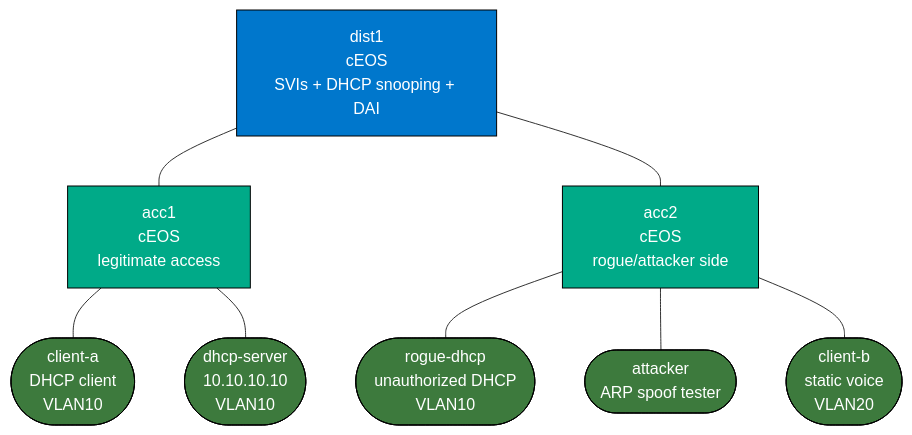
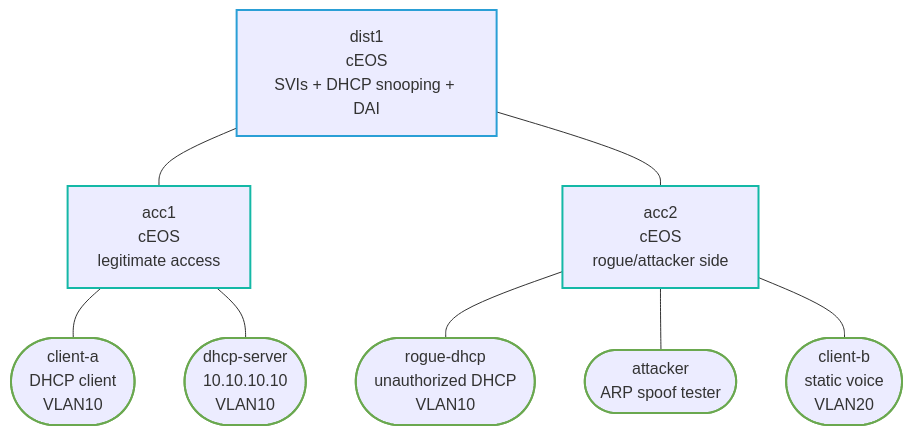
One commit to jschless/networkingLabs changed the diagram in labs/enterprise-access-security/README.md. Above: the diagram before and after it, drawn with Mermaid. The commit also changed 250 other files, not shown here.

Commit message:
Fix unreadable topology diagrams, convert ASCII art, publish assessments (#57)

````diff
--- a/labs/enterprise-access-security/README.md
+++ b/labs/enterprise-access-security/README.md
@@ -32,27 +32,27 @@
 ```mermaid
 flowchart TB
-    dist1["dist1\ncEOS\nSVIs + DHCP snooping + DAI"]
-    acc1["acc1\ncEOS\nlegitimate access"]
-    acc2["acc2\ncEOS\nrogue/attacker side"]
-    clienta(["client-a\nDHCP client\nVLAN10"])
-    dhcp(["dhcp-server\n10.10.10.10\nVLAN10"])
-    roguedhcp(["rogue-dhcp\nunauthorized DHCP\nVLAN10"])
-    attacker(["attacker\nARP spoof tester"])
-    clientb(["client-b\nstatic voice\nVLAN20"])
+    dist1["dist1<br/>cEOS<br/>SVIs + DHCP snooping + DAI"]
+    acc1["acc1<br/>cEOS<br/>legitimate access"]
+    acc2["acc2<br/>cEOS<br/>rogue/attacker side"]
+    clienta(["client-a<br/>DHCP client<br/>VLAN10"])
+    dhcp(["dhcp-server<br/>10.10.10.10<br/>VLAN10"])
+    roguedhcp(["rogue-dhcp<br/>unauthorized DHCP<br/>VLAN10"])
+    attacker(["attacker<br/>ARP spoof tester"])
+    clientb(["client-b<br/>static voice<br/>VLAN20"])
 
     dist1 --- acc1
     dist1 --- acc2
     acc1 --- clienta
     acc1 --- dhcp
     acc2 --- roguedhcp
     acc2 --- attacker
     acc2 --- clientb
 
-    classDef dist   fill:#0077cc,color:#fff,stroke:#000
-    classDef access fill:#00aa88,color:#fff,stroke:#000
-    classDef host   fill:#3d7a3d,color:#fff,stroke:#000
+    classDef dist stroke:#2a9fd6,stroke-width:2px
+    classDef access stroke:#14b8a6,stroke-width:2px
+    classDef host stroke:#6aa84f,stroke-width:2px
 
     class dist1 dist
     class acc1,acc2 access
     class clienta,clientb,dhcp,roguedhcp,attacker host
 ```
````
